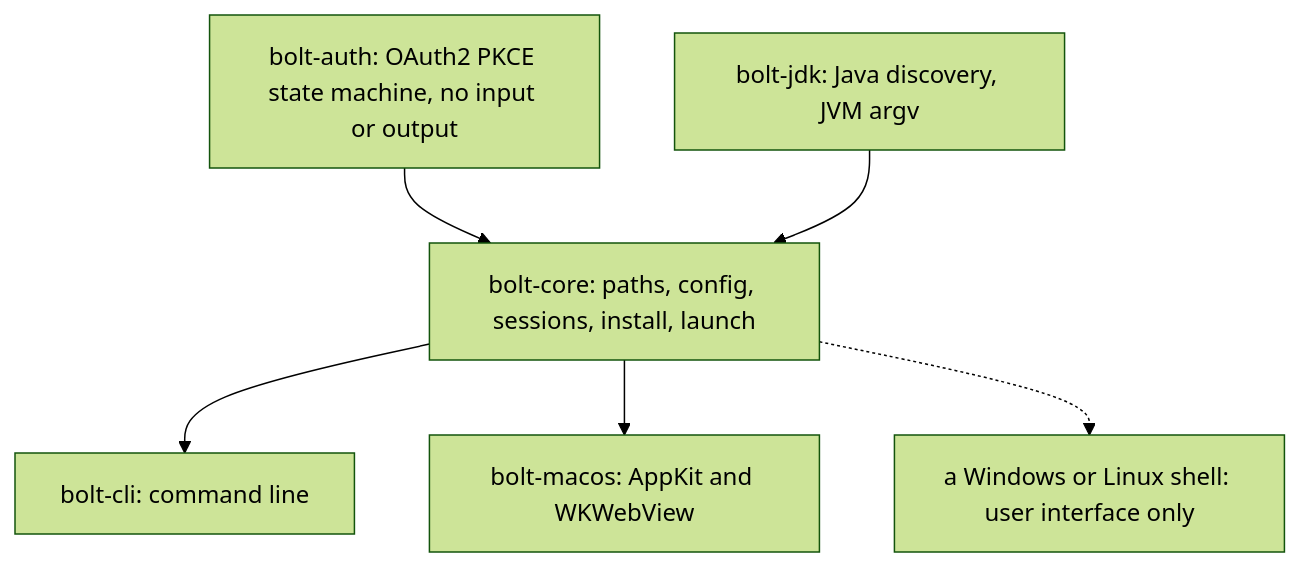
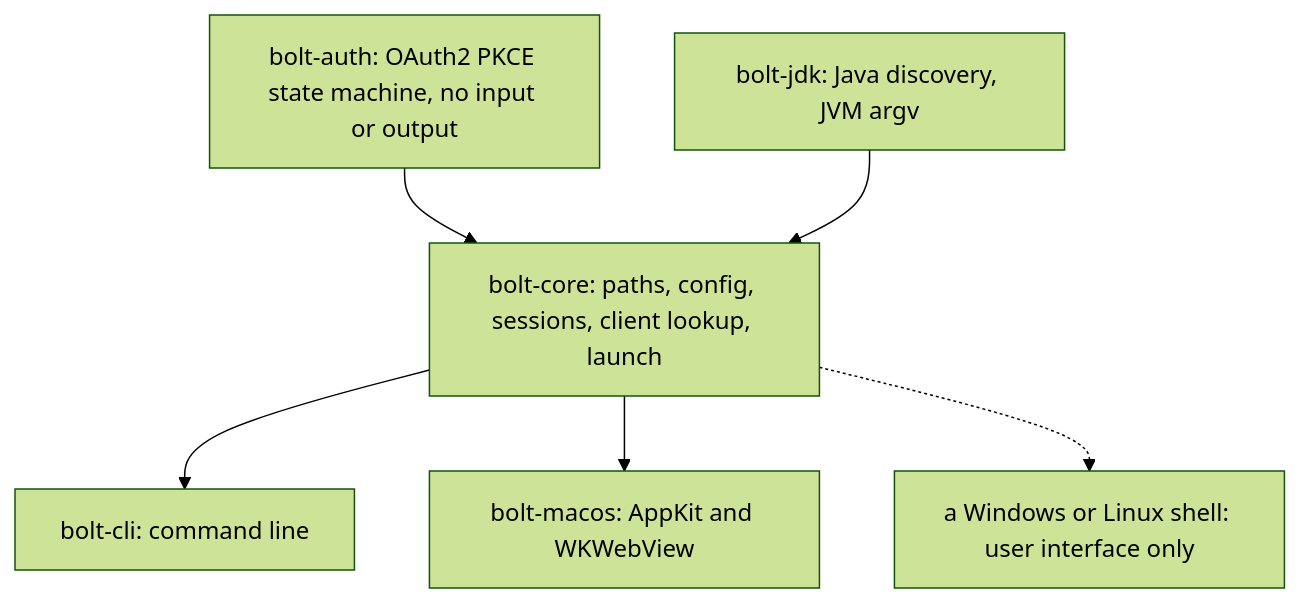
Before and after one commit to nullparity/rustyBolt: the diagram in README.md, drawn with Mermaid (forest theme). The commit also changed other lines of this file and 15 other files, not shown here.

````diff
--- a/README.md
+++ b/README.md
@@ -112,8 +115,8 @@
 ```mermaid
 graph TD
     A[bolt-auth: OAuth2 PKCE state machine, no input or output] --> C[bolt-core]
     B[bolt-jdk: Java discovery, JVM argv] --> C
-    C[bolt-core: paths, config, sessions, install, launch] --> D[bolt-cli: command line]
+    C[bolt-core: paths, config, sessions, client lookup, launch] --> D[bolt-cli: command line]
     C --> E[bolt-macos: AppKit and WKWebView]
     C -.-> F[a Windows or Linux shell: user interface only]
 ```
````
